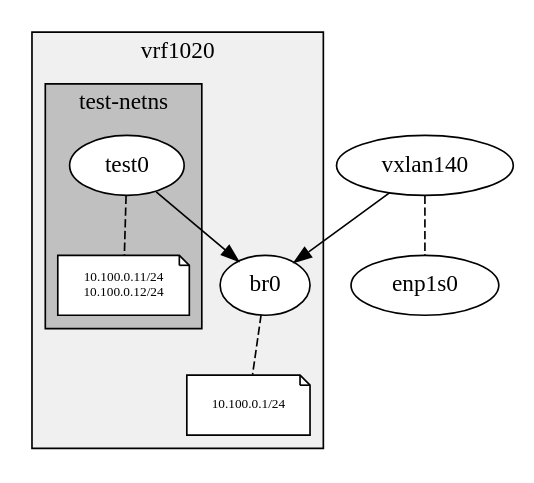
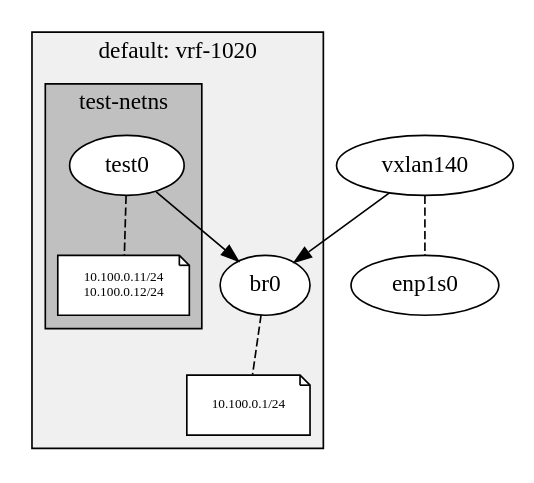
One commit to svinota/sdn-fixtures changed the diagram in examples/005-veth-netns-vrf-vxlan.dot. Above: the diagram before and after it, drawn with Graphviz. The commit also changed 3 other files, not shown here.

```diff
--- a/examples/005-veth-netns-vrf-vxlan.dot
+++ b/examples/005-veth-netns-vrf-vxlan.dot
@@ -1,38 +1,40 @@
 digraph G {
 
     node [fillcolor="#ffffff", style=filled]
 
     subgraph cluster_v0 {
-        label="vrf1020";
+        label="default: vrf-1020";
         type=vrf;
+        ifname="vrf-1020";
+        table=1020;
         bgcolor="#f0f0f0";
 
         subgraph cluster_n0 {
             label="test-netns";
             type=netns;
             bgcolor="#c0c0c0";
 
             "port0" [type=interface, kind=veth, label="test0"];
             "port0" -> "port0:ip" [style=dashed, dir=none];
             "port0:ip" [
                 shape=note,
                 label="10.100.0.11/24\n10.100.0.12/24",
                 fontsize=8,
             ];
         }
 
         "br0" [type=interface, kind=bridge, label="br0"];
         "br0" -> "br0:ip" [style=dashed, dir=none];
         "br0:ip" [
             shape=note,
             label="10.100.0.1/24",
             fontsize=8,
         ];
 
         "port0" -> "br0";
     }
 
     "vxlan140" [type=interface, kind=vxlan, label="vxlan140", vxlan_id=140];
     "vxlan140" -> "br0";
     "vxlan140" -> "enp1s0" [style=dashed, dir=none];
 }
```
